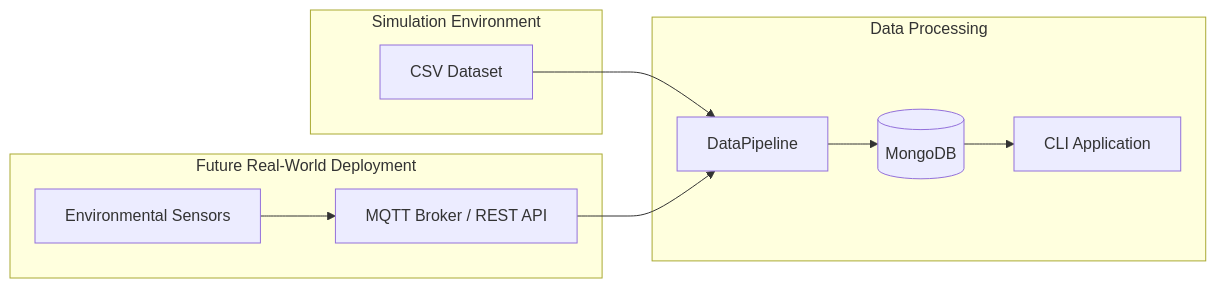
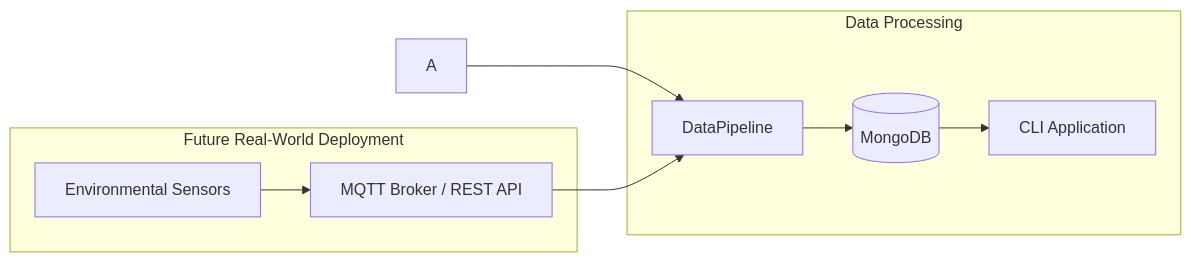
One commit to tipofyzik/mongodb_for_storing_sensor_data changed the third of 3 diagrams in README.md. Above: the diagram before and after it, drawn with Mermaid.

````diff
--- a/README.md
+++ b/README.md
@@ -159,24 +159,20 @@
 ```mermaid
 flowchart LR
-
-subgraph Simulation["Simulation Environment"]
-A[CSV Dataset]
-end
 
 subgraph Real["Future Real-World Deployment"]
 B[Environmental Sensors]
 C[MQTT Broker / REST API]
 end
 
 subgraph Processing["Data Processing"]
 D[DataPipeline]
 E[(MongoDB)]
 F[CLI Application]
 end
 
 A --> D
 B --> C
 C --> D
 D --> E
 E --> F
 ```
````
